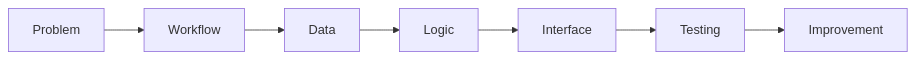
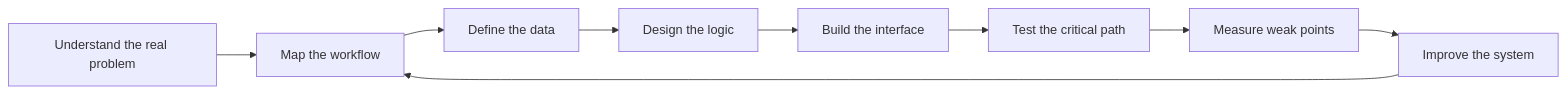
One commit to qusaigubran/qusaigubran changed the diagram in README.md. Above: the diagram before and after it, drawn with Mermaid. The commit also changed other lines of this file, not shown here.

Commit message:
Improve engineering mindset section with system thinking loop

````diff
--- a/README.md
+++ b/README.md
@@ -246,9 +246,11 @@
 ```mermaid
-graph LR
-  A[Problem] --> B[Workflow]
-  B --> C[Data]
-  C --> D[Logic]
-  D --> E[Interface]
-  E --> F[Testing]
-  F --> G[Improvement]
+flowchart LR
+  A[Understand the real problem] --> B[Map the workflow]
+  B --> C[Define the data]
+  C --> D[Design the logic]
+  D --> E[Build the interface]
+  E --> F[Test the critical path]
+  F --> G[Measure weak points]
+  G --> H[Improve the system]
+  H --> B
 ```
````
